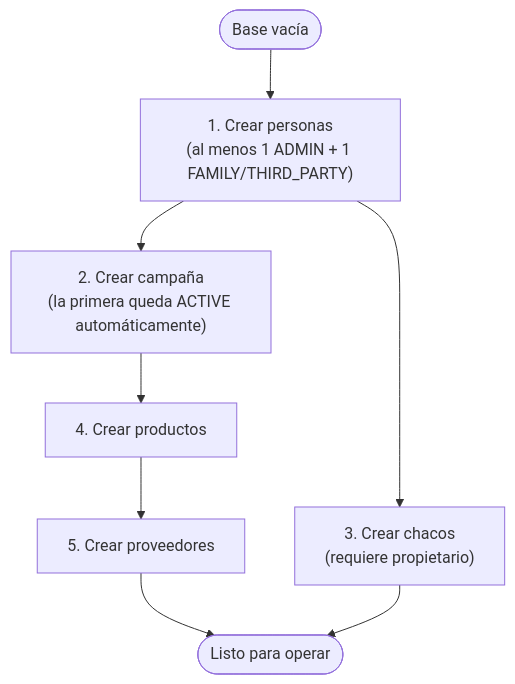
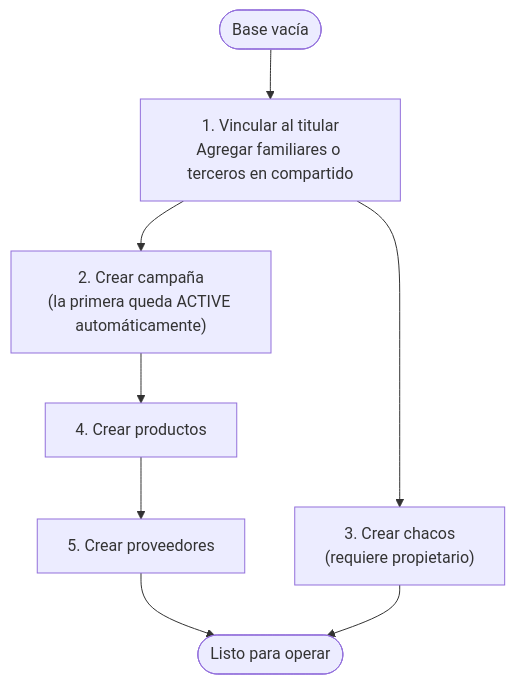
One commit to Roderich1/AppMovilAgroquimico changed the second of 10 diagrams in docs/06_USER_FLOWS.md. Above: the diagram before and after it, drawn with Mermaid. The commit also changed other lines of this file and 18 other files, not shown here.

Commit message:
Simplificar las altas de personas en modo compartido

````diff
--- a/docs/06_USER_FLOWS.md
+++ b/docs/06_USER_FLOWS.md
@@ -42,10 +42,10 @@
 ```mermaid
 flowchart TD
-    S(["Base vacía"]) --> P["1. Crear personas<br/>(al menos 1 ADMIN + 1 FAMILY/THIRD_PARTY)"]
+    S(["Base vacía"]) --> P["1. Vincular al titular<br/>Agregar familiares o terceros en compartido"]
     P --> C["2. Crear campaña<br/>(la primera queda ACTIVE automáticamente)"]
     P --> F["3. Crear chacos<br/>(requiere propietario)"]
     C --> PR["4. Crear productos"]
     PR --> SU["5. Crear proveedores"]
     SU --> OK(["Listo para operar"])
     F --> OK
 ```
````
